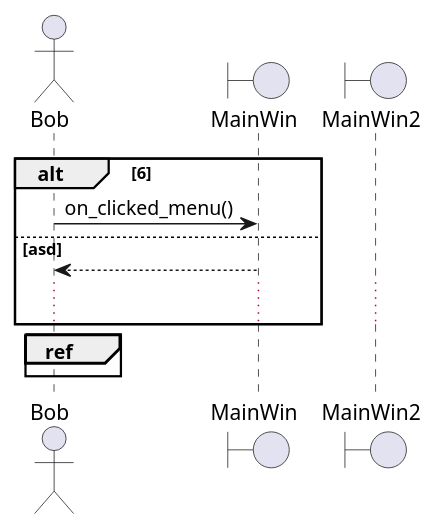
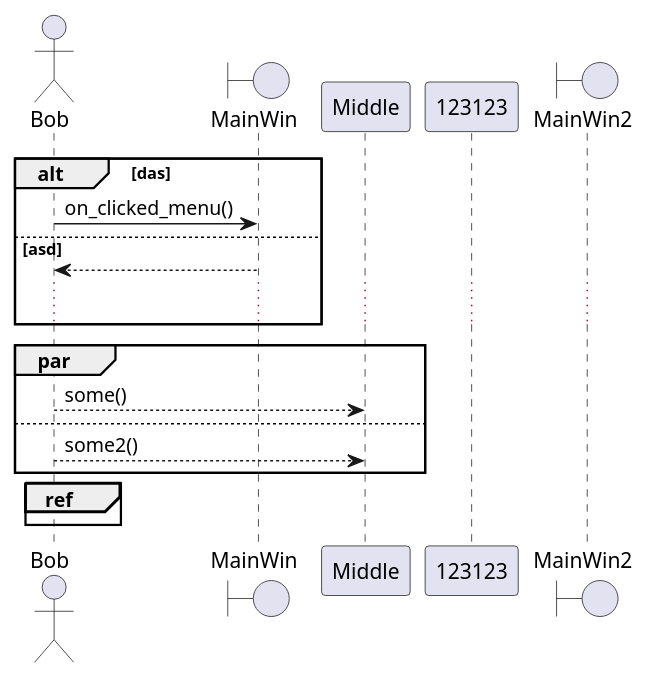
The diagram in converter/description/regex/seq_puml.wsd (Leartiz/plantuml_to_structs_converter), drawn with PlantUML before and after one commit. The commit also changed 94 other files, not shown here.

```diff
--- a/converter/description/regex/seq_puml.wsd
+++ b/converter/description/regex/seq_puml.wsd
@@ -1,18 +1,28 @@
 @startuml
 
 actor Bob 
 boundary MainWin
 
-alt 6
+participant "123123" as First
+participant Middle
+participant First
+
+alt das
 Bob -> MainWin : on_clicked_menu()
 boundary MainWin2
 else asd
 Bob <-- MainWin
 ...  
 
 end
 
+par
+Bob --> Middle : some()
+else
+Bob --> Middle : some2()
+end
+
 ref over Bob
 end ref
 
 @enduml
```
